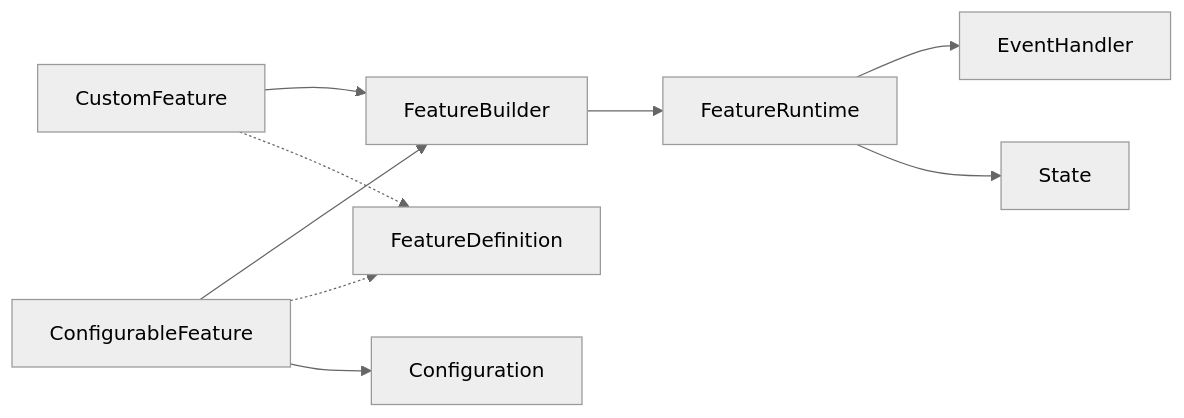
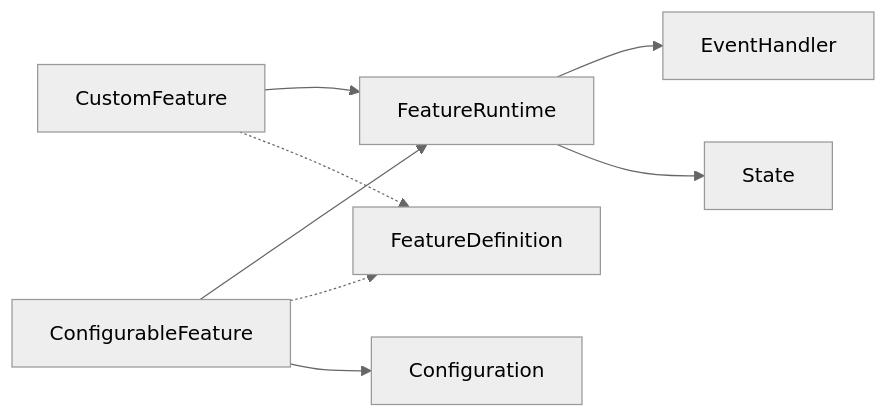
Before and after one commit to delphes99/pythie-bot: the first of 2 diagrams in documentation/feature.md, drawn with Mermaid (neutral theme). The commit also changed other lines of this file and 55 other files, not shown here.

````diff
--- a/documentation/feature.md
+++ b/documentation/feature.md
@@ -4,11 +4,10 @@
 ```mermaid
 flowchart LR
-    ConfigurableFeature --> FeatureBuilder
-    CustomFeature --> FeatureBuilder
-    FeatureBuilder --> FeatureRuntime
+    ConfigurableFeature --> FeatureRuntime
+    CustomFeature --> FeatureRuntime
     FeatureRuntime --> EventHandler
     FeatureRuntime --> State
     CustomFeature -.-> FeatureDefinition
     ConfigurableFeature -.-> FeatureDefinition
     ConfigurableFeature --> Configuration
 ```
````
